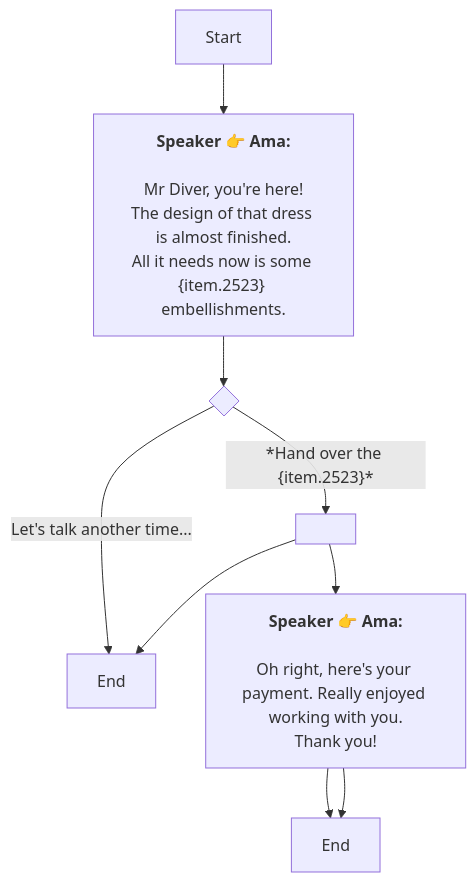
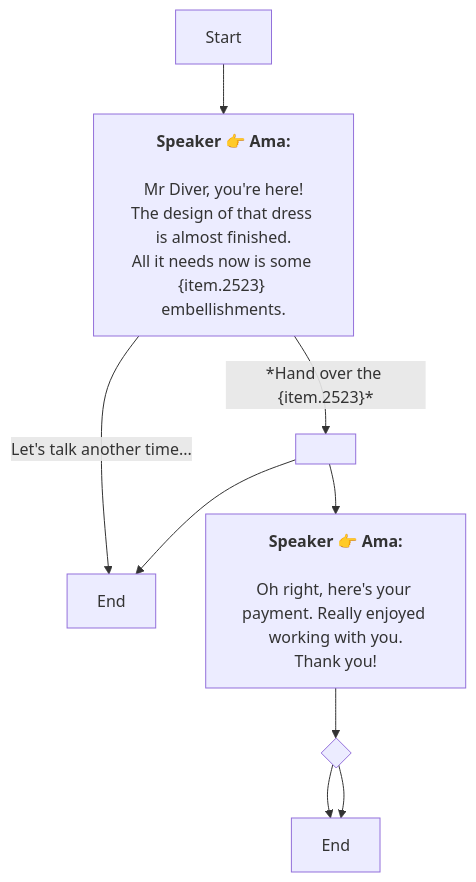
One commit to SoftHu/tos_avg changed the diagram in En/QuestTalkObjectiveNode_1738796794798223.md. Above: the diagram before and after it, drawn with Mermaid. The commit also changed 737 other files, not shown here.

````diff
--- a/En/QuestTalkObjectiveNode_1738796794798223.md
+++ b/En/QuestTalkObjectiveNode_1738796794798223.md
@@ -1,19 +1,16 @@
 ```mermaid
 graph
 Start -->1738796989252754[<b>Speaker 👉 Ama:</b>
-
-Mr Diver, you're here!
-The design of that dress is almost finished.
+\nMr Diver, you're here!\nThe design of that dress is almost finished.
 All it needs now is some &lbrace;item.2523&rbrace; embellishments.]
-1738796989252754 -->1738900939199810{ }
-1738900939199810 -->|*Hand over the &lbrace;item.2523&rbrace;*|1738797758516371[ ]
-1738900939199810 -->|Let's talk another time...|1738900967130439[End]
+1738796989252754 -->|*Hand over the &lbrace;item.2523&rbrace;*|1738797758516371[ ]
+1738796989252754 -->|Let's talk another time...|1738900967130439[End]
 1738797758516371 -->1738797844938900[<b>Speaker 👉 Ama:</b>
-
-Oh right, here's your payment. Really enjoyed working with you.
+\nOh right, here's your payment. Really enjoyed working with you.
 Thank you!]
 1738797758516371 -->1738900967130439[End]
-1738797844938900 -->1738798292412567[End]
-1738797844938900 -->1738798292412567[End]
+1738797844938900 -->1738798261003413{ }
+1738798261003413 -->1738798292412567[End]
+1738798261003413 -->1738798292412567[End]
 
- ```
+```
````
